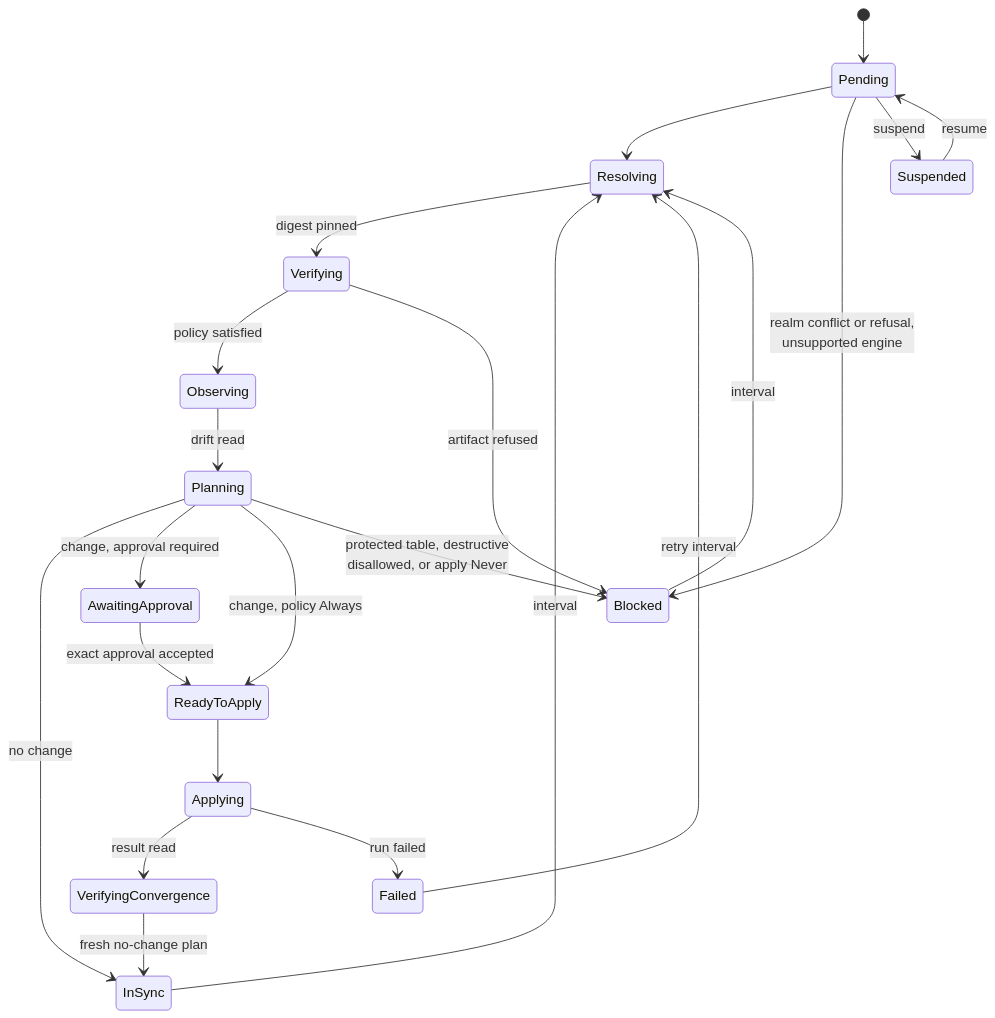
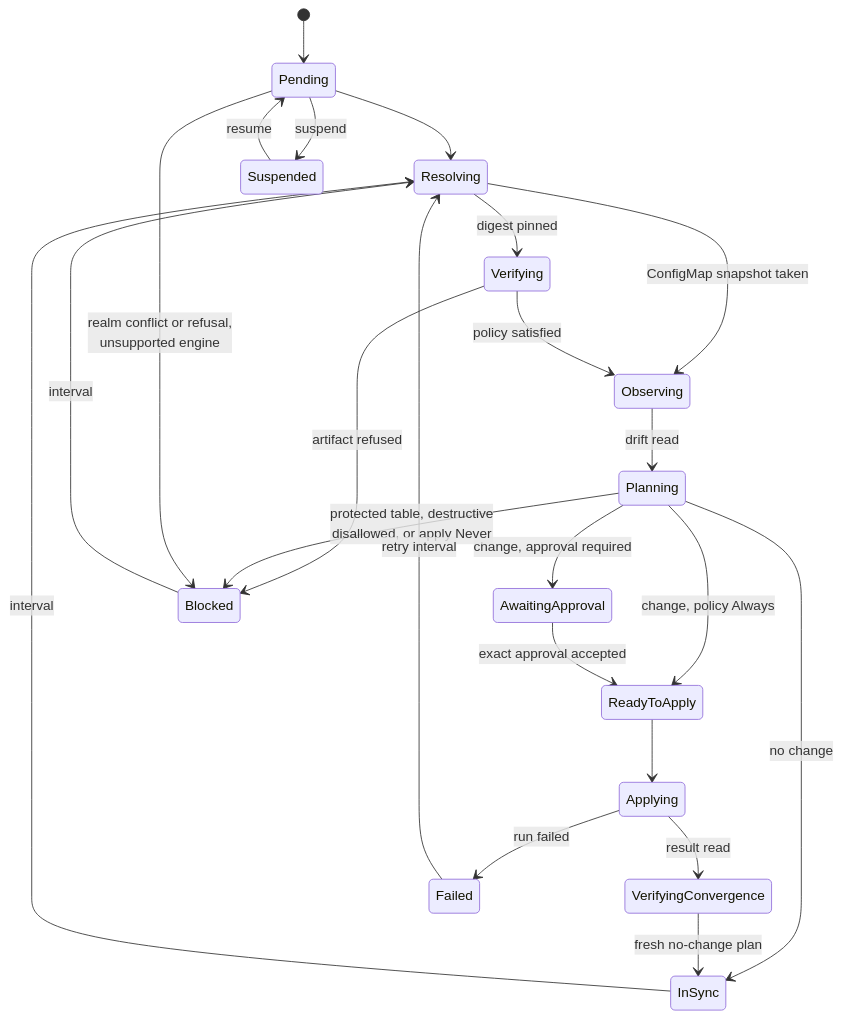
Before and after one commit to stokaro/ptah-operator: the first of 2 diagrams in docs/site/src/content/docs/reference/reconciliation.md, drawn with Mermaid. The commit also changed other lines of this file and 149 other files, not shown here.

First line of the commit message:
Read a schema or a migration sequence from a ConfigMap (#702)

````diff
--- a/docs/site/src/content/docs/reference/reconciliation.md
+++ b/docs/site/src/content/docs/reference/reconciliation.md
@@ -14,24 +14,25 @@
 ```mermaid
 stateDiagram-v2
   [*] --> Pending
   Pending --> Resolving
   Resolving --> Verifying: digest pinned
+  Resolving --> Observing: ConfigMap snapshot taken
   Verifying --> Observing: policy satisfied
   Observing --> Planning: drift read
   Planning --> InSync: no change
   Planning --> AwaitingApproval: change, approval required
   Planning --> ReadyToApply: change, policy Always
   AwaitingApproval --> ReadyToApply: exact approval accepted
   ReadyToApply --> Applying
   Applying --> VerifyingConvergence: result read
   VerifyingConvergence --> InSync: fresh no-change plan
   InSync --> Resolving: interval
   Blocked --> Resolving: interval
   Verifying --> Blocked: artifact refused
   Planning --> Blocked: protected table, destructive<br/>disallowed, or apply Never
   Pending --> Blocked: realm conflict or refusal,<br/>unsupported engine
   Applying --> Failed: run failed
   Failed --> Resolving: retry interval
   Pending --> Suspended: suspend
   Suspended --> Pending: resume
 ```
````
